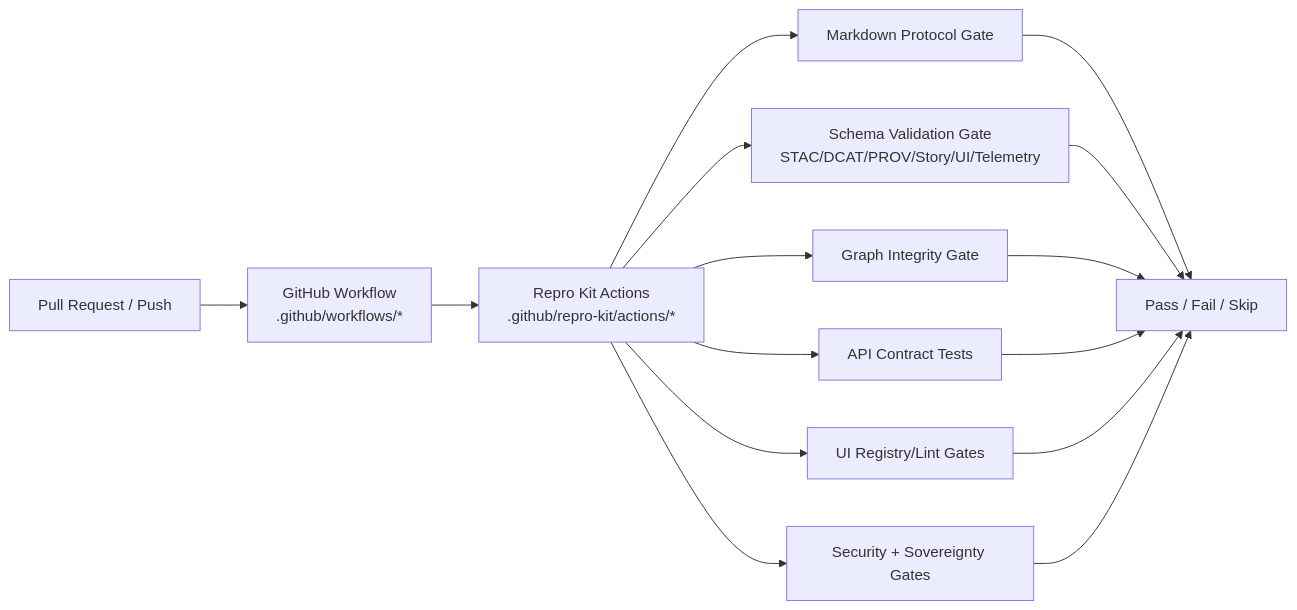
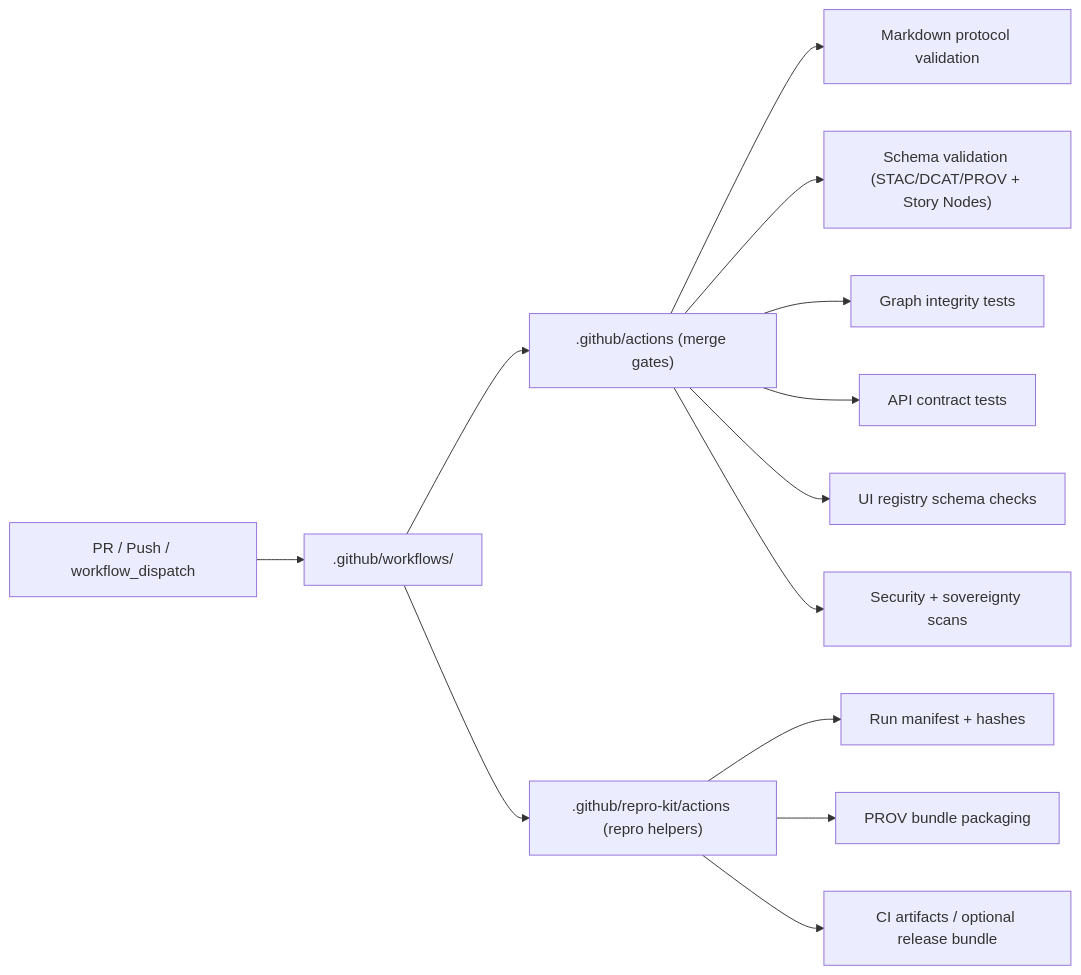
The diagram in .github/repro-kit/actions/README.md (bartytime4life/Kansas-Frontier-Matrix), drawn with Mermaid before and after one commit. The commit also changed other lines of this file, not shown here.

```diff
--- a/.github/repro-kit/actions/README.md
+++ b/.github/repro-kit/actions/README.md
@@ -168,19 +194,18 @@
 ~~~mermaid
 flowchart LR
-  PR[Pull Request / Push] --> WF[GitHub Workflow<br/>.github/workflows/*]
-  WF --> RK[Repro Kit Actions<br/>.github/repro-kit/actions/*]
+  TRIG["PR / Push / workflow_dispatch"] --> WF[".github/workflows/"]
 
-  RK --> MDP[Markdown Protocol Gate]
-  RK --> SCHEMA[Schema Validation Gate<br/>STAC/DCAT/PROV/Story/UI/Telemetry]
-  RK --> GRAPH[Graph Integrity Gate]
-  RK --> API[API Contract Tests]
-  RK --> UI[UI Registry/Lint Gates]
-  RK --> SEC[Security + Sovereignty Gates]
+  WF --> GA[".github/actions (merge gates)"]
+  WF --> RK[".github/repro-kit/actions (repro helpers)"]
 
-  MDP --> RESULT[Pass / Fail / Skip]
-  SCHEMA --> RESULT
-  GRAPH --> RESULT
-  API --> RESULT
-  UI --> RESULT
-  SEC --> RESULT
+  GA --> V1["Markdown protocol validation"]
+  GA --> V2["Schema validation (STAC/DCAT/PROV + Story Nodes)"]
+  GA --> V3["Graph integrity tests"]
+  GA --> V4["API contract tests"]
+  GA --> V5["UI registry schema checks"]
+  GA --> V6["Security + sovereignty scans"]
+
+  RK --> M1["Run manifest + hashes"]
+  RK --> P1["PROV bundle packaging"]
+  RK --> A1["CI artifacts / optional release bundle"]
 ~~~
```
